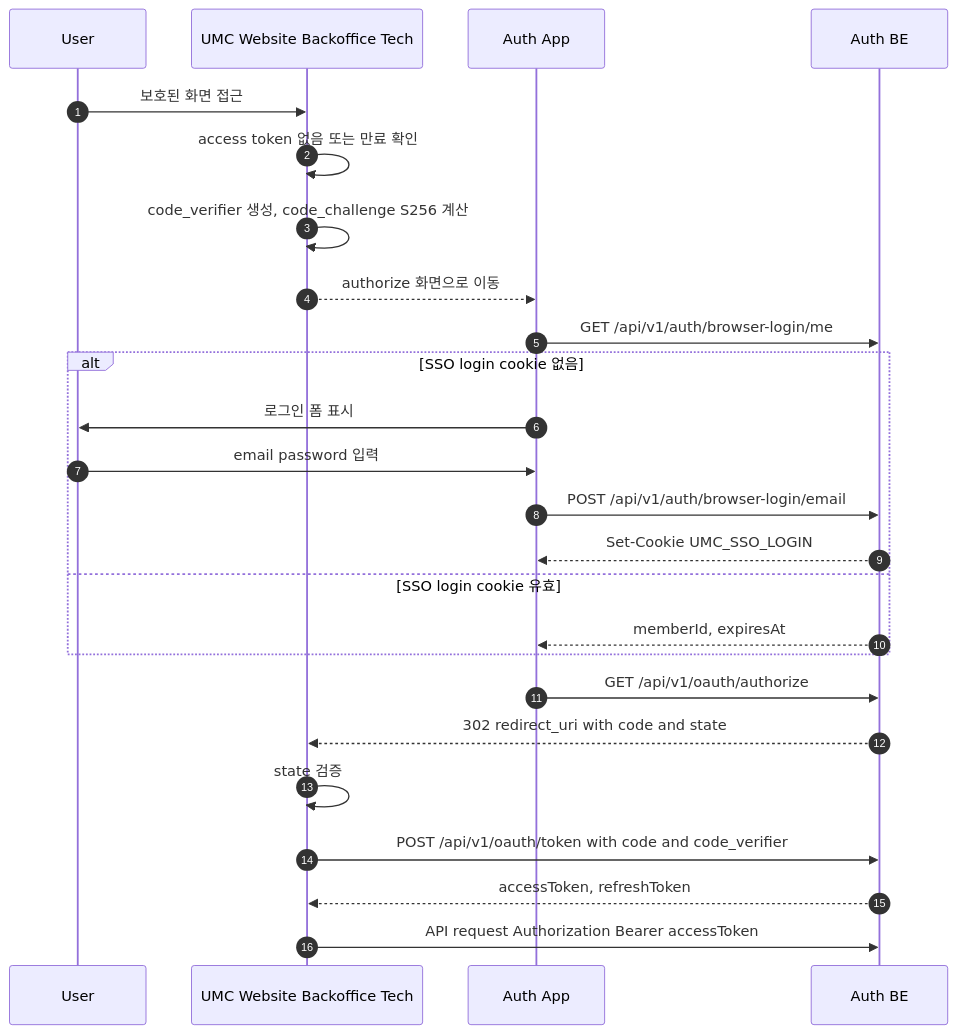
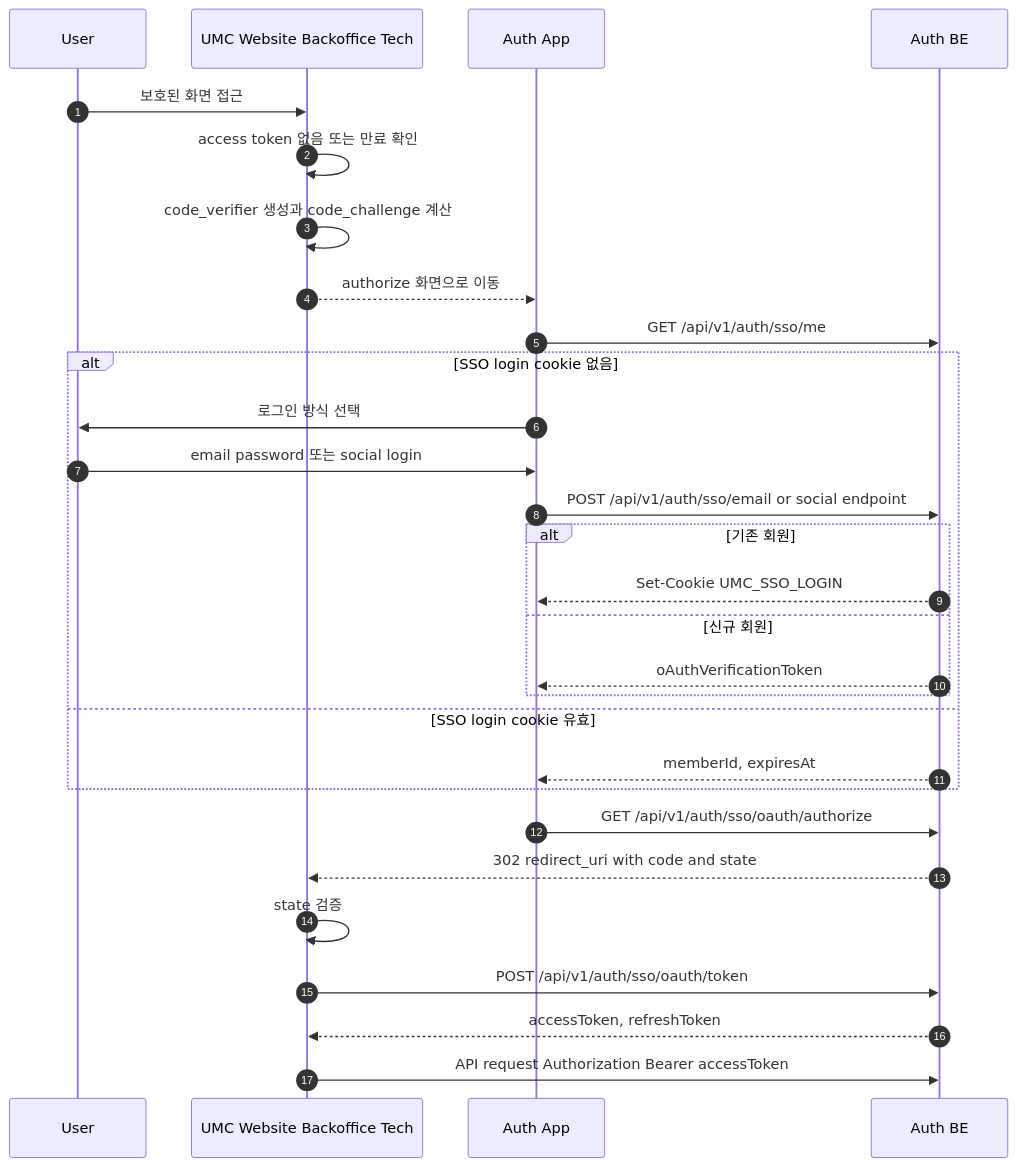
One commit to UMC-PRODUCT/umc-product-server changed the second of 3 diagrams in docs/onboarding/sso-authentication-flow.md. Above: the diagram before and after it, drawn with Mermaid. The commit also changed other lines of this file, not shown here.

Commit message:
docs: update sso endpoint guide

````diff
--- a/docs/onboarding/sso-authentication-flow.md
+++ b/docs/onboarding/sso-authentication-flow.md
@@ -57,30 +78,34 @@
 ```mermaid
 sequenceDiagram
     autonumber
     participant User as User
     participant Service as UMC Website Backoffice Tech
     participant AuthApp as Auth App
     participant AuthBE as Auth BE
 
     User->>Service: 보호된 화면 접근
     Service->>Service: access token 없음 또는 만료 확인
-    Service->>Service: code_verifier 생성, code_challenge S256 계산
+    Service->>Service: code_verifier 생성과 code_challenge 계산
     Service-->>AuthApp: authorize 화면으로 이동
 
-    AuthApp->>AuthBE: GET /api/v1/auth/browser-login/me
+    AuthApp->>AuthBE: GET /api/v1/auth/sso/me
     alt SSO login cookie 없음
-        AuthApp->>User: 로그인 폼 표시
-        User->>AuthApp: email password 입력
-        AuthApp->>AuthBE: POST /api/v1/auth/browser-login/email
-        AuthBE-->>AuthApp: Set-Cookie UMC_SSO_LOGIN
+        AuthApp->>User: 로그인 방식 선택
+        User->>AuthApp: email password 또는 social login
+        AuthApp->>AuthBE: POST /api/v1/auth/sso/email or social endpoint
+        alt 기존 회원
+            AuthBE-->>AuthApp: Set-Cookie UMC_SSO_LOGIN
+        else 신규 회원
+            AuthBE-->>AuthApp: oAuthVerificationToken
+        end
     else SSO login cookie 유효
         AuthBE-->>AuthApp: memberId, expiresAt
     end
 
-    AuthApp->>AuthBE: GET /api/v1/oauth/authorize
+    AuthApp->>AuthBE: GET /api/v1/auth/sso/oauth/authorize
     AuthBE-->>Service: 302 redirect_uri with code and state
     Service->>Service: state 검증
-    Service->>AuthBE: POST /api/v1/oauth/token with code and code_verifier
+    Service->>AuthBE: POST /api/v1/auth/sso/oauth/token
     AuthBE-->>Service: accessToken, refreshToken
     Service->>AuthBE: API request Authorization Bearer accessToken
 ```
````
